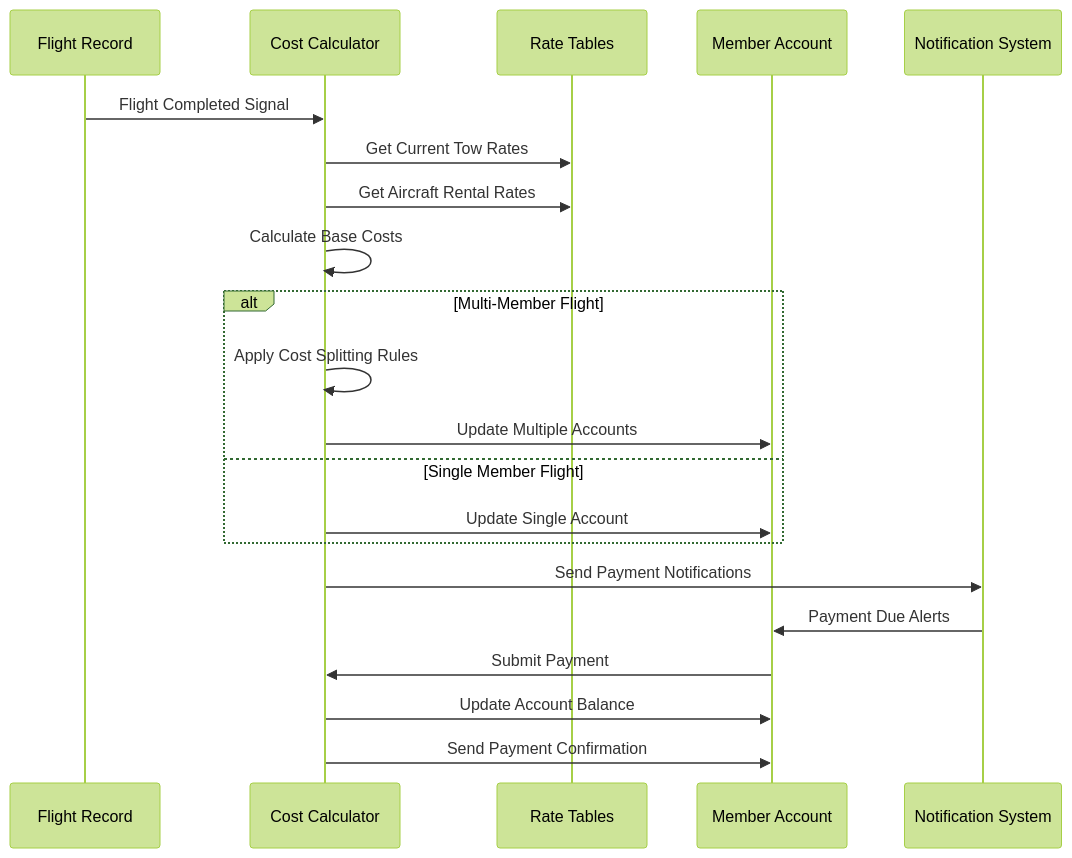
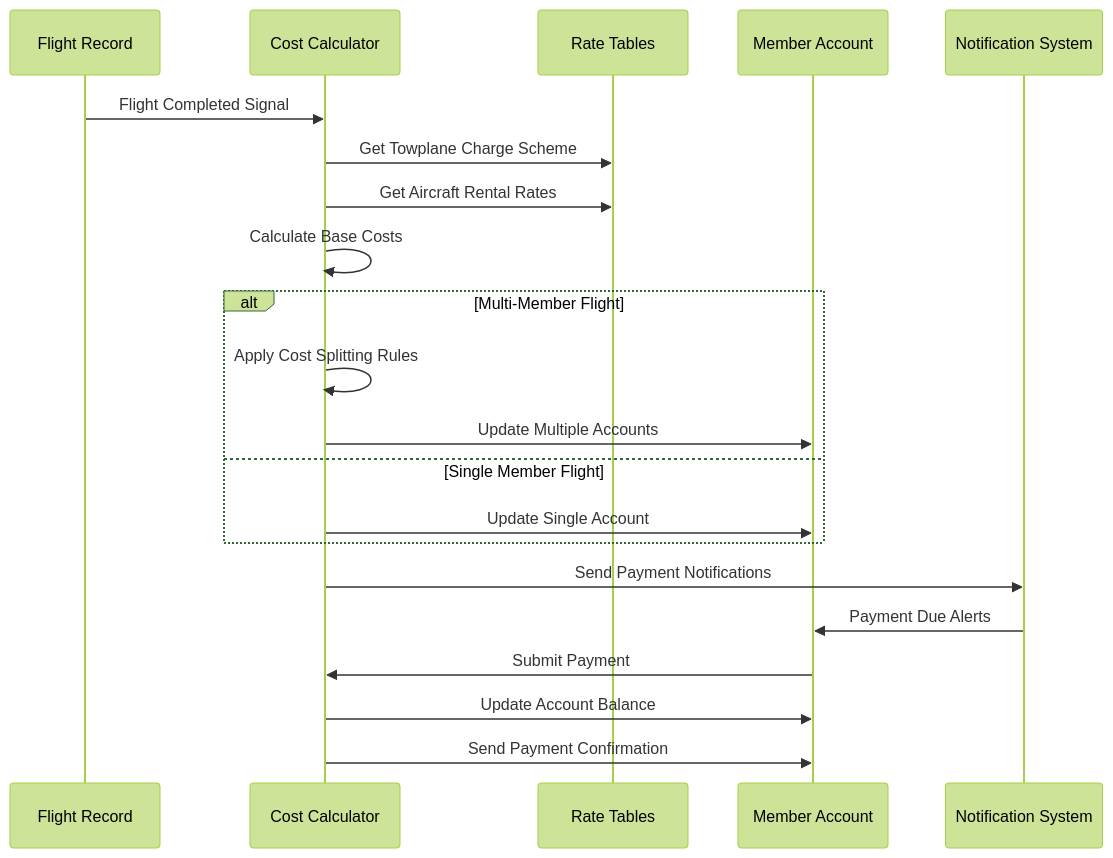
Before and after one commit to pietbarber/Manage2Soar: the second of 11 diagrams in docs/workflows/07-payment-workflow.md, drawn with Mermaid (forest theme). The commit also changed other lines of this file and 14 other files, not shown here.

````diff
--- a/docs/workflows/07-payment-workflow.md
+++ b/docs/workflows/07-payment-workflow.md
@@ -81,27 +82,27 @@
 ```mermaid
 sequenceDiagram
     participant Flight as Flight Record
     participant System as Cost Calculator
     participant Rates as Rate Tables
     participant Member as Member Account
     participant Notifications as Notification System
 
     Flight->>System: Flight Completed Signal
-    System->>Rates: Get Current Tow Rates
+    System->>Rates: Get Towplane Charge Scheme
     System->>Rates: Get Aircraft Rental Rates
     System->>System: Calculate Base Costs
 
     alt Multi-Member Flight
         System->>System: Apply Cost Splitting Rules
         System->>Member: Update Multiple Accounts
     else Single Member Flight
         System->>Member: Update Single Account
     end
 
     System->>Notifications: Send Payment Notifications
     Notifications->>Member: Payment Due Alerts
 
     Member->>System: Submit Payment
     System->>Member: Update Account Balance
     System->>Member: Send Payment Confirmation
 ```
````
